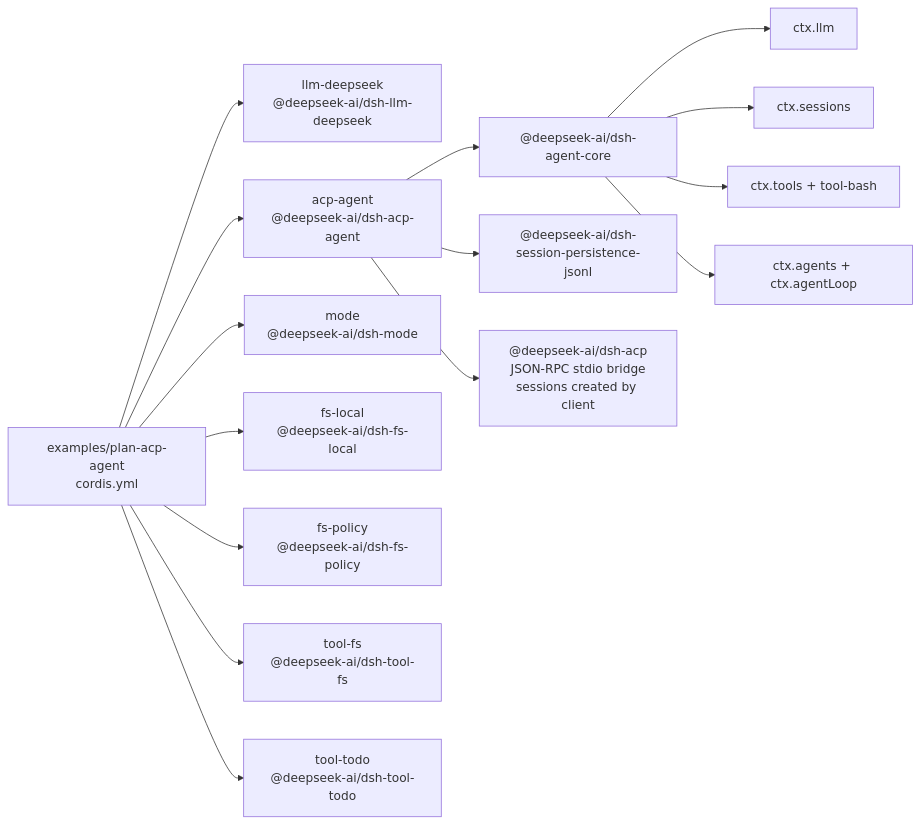
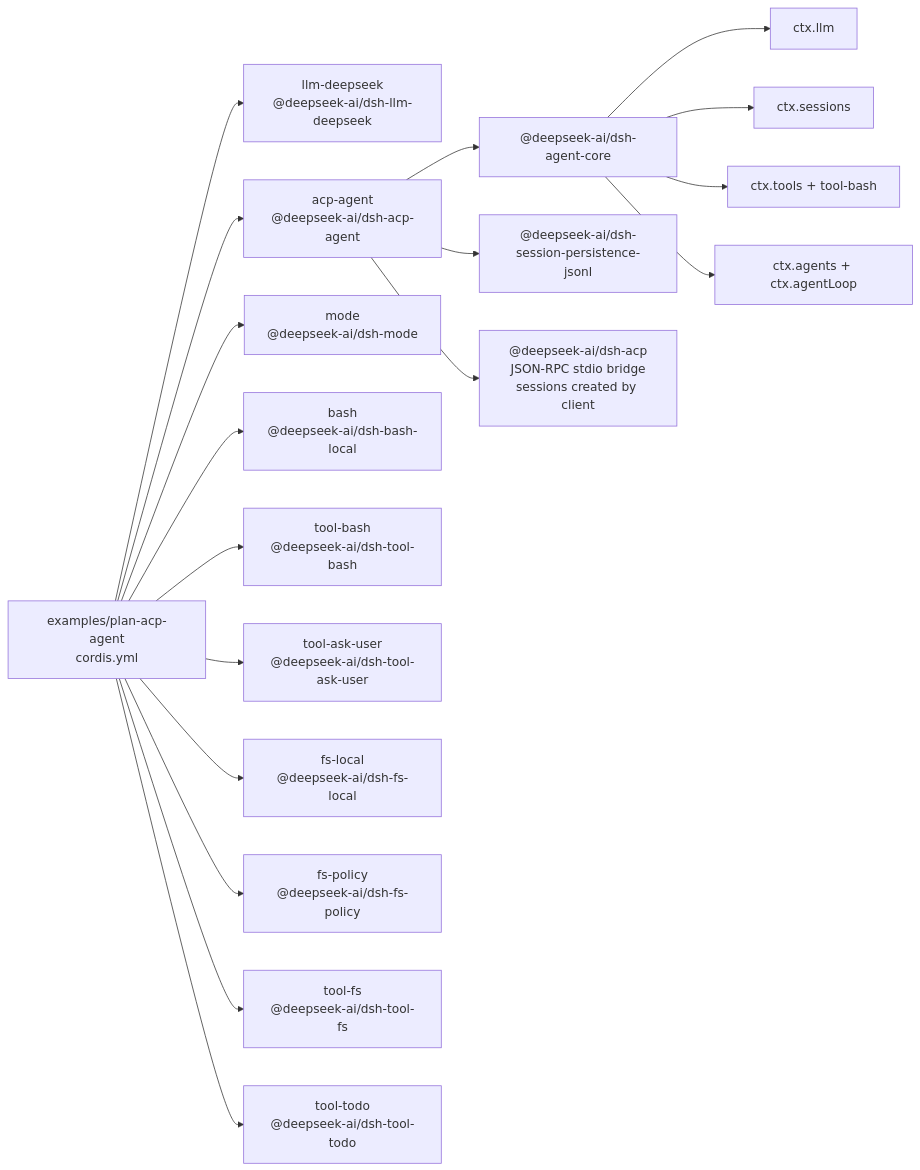
The diagram in examples/plan-acp-agent/composition.md (007M7/DeepCode), drawn with Mermaid before and after one commit. The commit also changed other lines of this file and 11 other files, not shown here.

First line of the commit message:
feat(mode): ask_user_question joins the plan allowlist; the section steers to the exit tool

````diff
--- a/examples/plan-acp-agent/composition.md
+++ b/examples/plan-acp-agent/composition.md
@@ -8,25 +8,31 @@
 ```mermaid
 flowchart LR
   cfg["examples/plan-acp-agent<br/>cordis.yml"]
   plugin_plan-acp_llm_deepseek["llm-deepseek<br/>@deepseek-ai/dsh-llm-deepseek"]
   cfg --> plugin_plan-acp_llm_deepseek
   plugin_plan-acp_acp_agent["acp-agent<br/>@deepseek-ai/dsh-acp-agent"]
   cfg --> plugin_plan-acp_acp_agent
   plugin_plan-acp_acp_agent --> bundle_agent_core["@deepseek-ai/dsh-agent-core"]
   plugin_plan-acp_acp_agent --> bundle_jsonl["@deepseek-ai/dsh-session-persistence-jsonl"]
   plugin_plan-acp_acp_agent --> frontdoor_acp["@deepseek-ai/dsh-acp<br/>JSON-RPC stdio bridge<br/>sessions created by client"]
   bundle_agent_core --> spine_llm["ctx.llm"]
   bundle_agent_core --> spine_sessions["ctx.sessions"]
   bundle_agent_core --> spine_tools["ctx.tools + tool-bash"]
   bundle_agent_core --> spine_loop["ctx.agents + ctx.agentLoop"]
   plugin_plan-acp_mode["mode<br/>@deepseek-ai/dsh-mode"]
   cfg --> plugin_plan-acp_mode
+  plugin_plan-acp_bash["bash<br/>@deepseek-ai/dsh-bash-local"]
+  cfg --> plugin_plan-acp_bash
+  plugin_plan-acp_tool_bash["tool-bash<br/>@deepseek-ai/dsh-tool-bash"]
+  cfg --> plugin_plan-acp_tool_bash
+  plugin_plan-acp_tool_ask_user["tool-ask-user<br/>@deepseek-ai/dsh-tool-ask-user"]
+  cfg --> plugin_plan-acp_tool_ask_user
   plugin_plan-acp_fs_local["fs-local<br/>@deepseek-ai/dsh-fs-local"]
   cfg --> plugin_plan-acp_fs_local
   plugin_plan-acp_fs_policy["fs-policy<br/>@deepseek-ai/dsh-fs-policy"]
   cfg --> plugin_plan-acp_fs_policy
   plugin_plan-acp_tool_fs["tool-fs<br/>@deepseek-ai/dsh-tool-fs"]
   cfg --> plugin_plan-acp_tool_fs
   plugin_plan-acp_tool_todo["tool-todo<br/>@deepseek-ai/dsh-tool-todo"]
   cfg --> plugin_plan-acp_tool_todo
 ```
````
